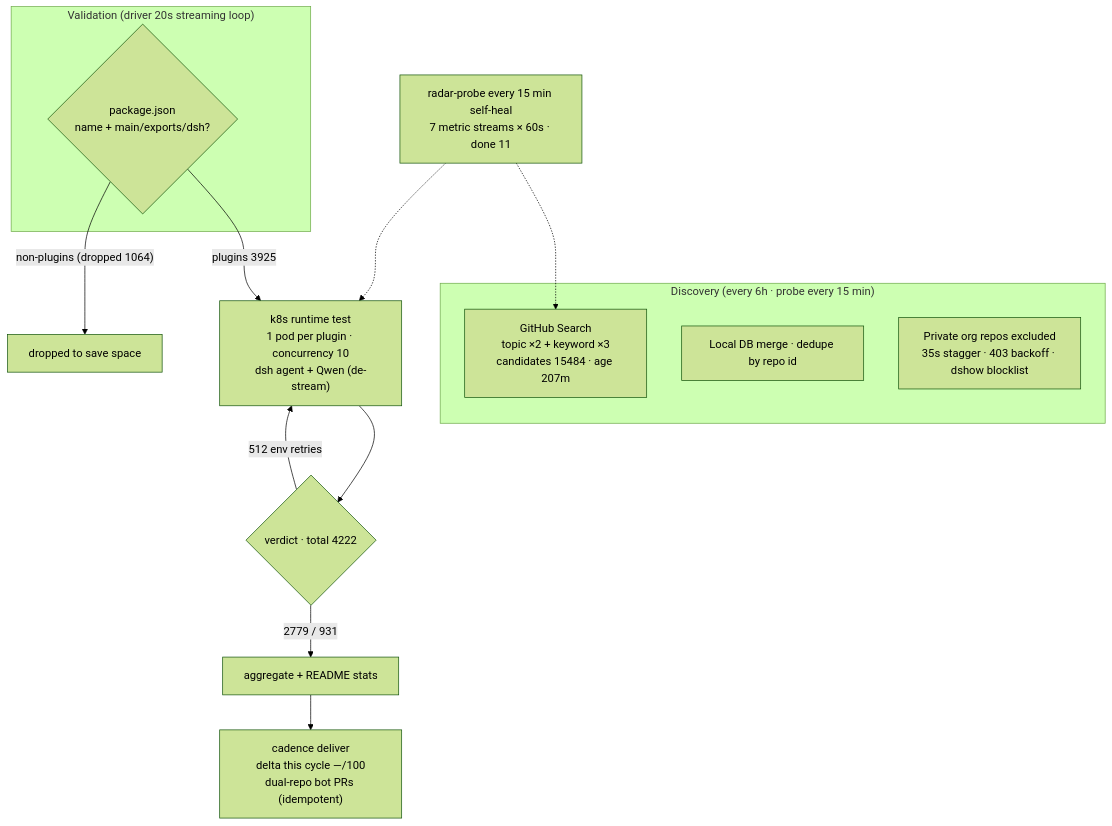
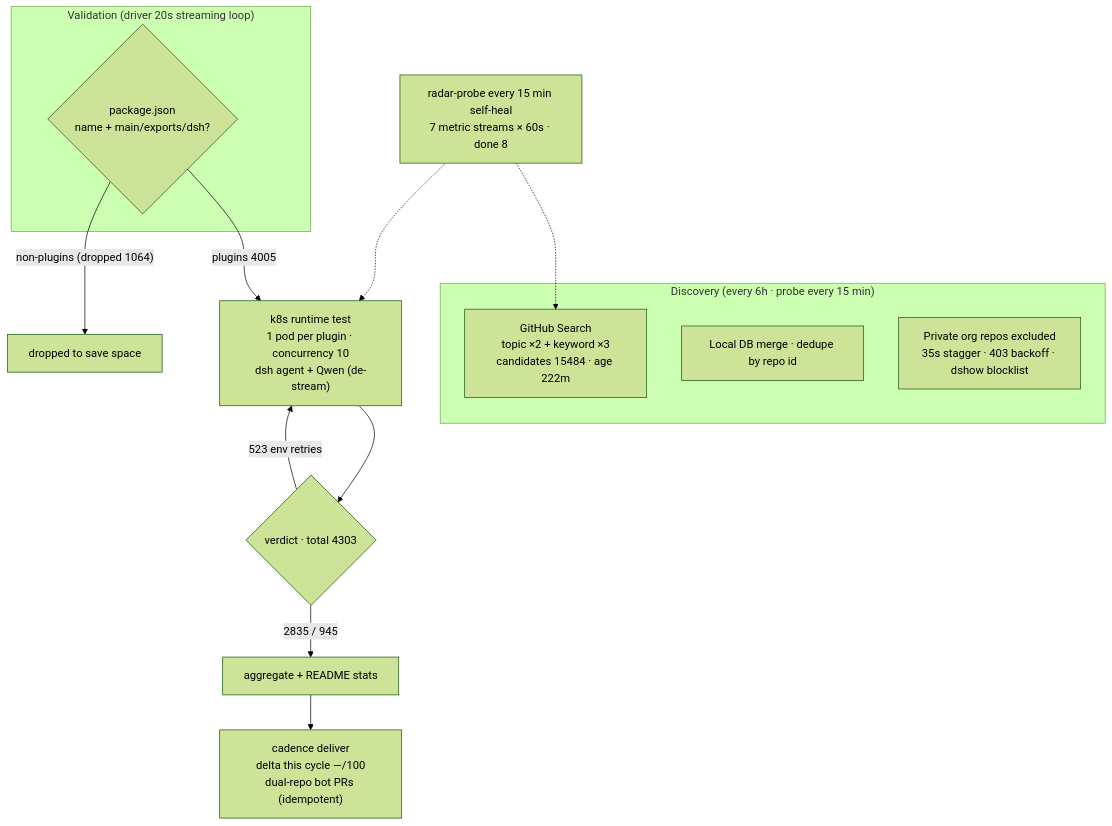
The diagram in README.en-US.md (AdamPlatin123/awesome-dsh-plugins), drawn with Mermaid (forest theme) before and after one commit. The commit also changed other lines of this file and 5 other files, not shown here.

````diff
--- a/README.en-US.md
+++ b/README.en-US.md
@@ -30,20 +30,20 @@
 ```mermaid
 flowchart TB
     subgraph Discovery["Discovery (every 6h · probe every 15 min)"]
-        A1["GitHub Search<br/>topic ×2 + keyword ×3<br/>candidates 15484 · age 207m"]
+        A1["GitHub Search<br/>topic ×2 + keyword ×3<br/>candidates 15484 · age 222m"]
         A2["Local DB merge · dedupe by repo id"]
         A3["Private org repos excluded<br/>35s stagger · 403 backoff · dshow blocklist"]
     end
     subgraph Validation["Validation (driver 20s streaming loop)"]
         B1{"package.json<br/>name + main/exports/dsh?"}
     end
-    B1 -->|"plugins 3925"| C1["k8s runtime test<br/>1 pod per plugin · concurrency 10<br/>dsh agent + Qwen (de-stream)"]
+    B1 -->|"plugins 4005"| C1["k8s runtime test<br/>1 pod per plugin · concurrency 10<br/>dsh agent + Qwen (de-stream)"]
     B1 -->|"non-plugins (dropped 1064)"| B3["dropped to save space"]
-    C1 --> D1{"verdict · total 4222"}
-    D1 -->|"2779 / 931"| E1["aggregate + README stats"]
-    D1 -->|"512 env retries"| C1
+    C1 --> D1{"verdict · total 4303"}
+    D1 -->|"2835 / 945"| E1["aggregate + README stats"]
+    D1 -->|"523 env retries"| C1
     E1 --> E2["cadence deliver<br/>delta this cycle —/100<br/>dual-repo bot PRs (idempotent)"]
-    M["radar-probe every 15 min self-heal<br/>7 metric streams × 60s · done 11"]
+    M["radar-probe every 15 min self-heal<br/>7 metric streams × 60s · done 8"]
     M -.-> A1
     M -.-> C1
 ```
````
